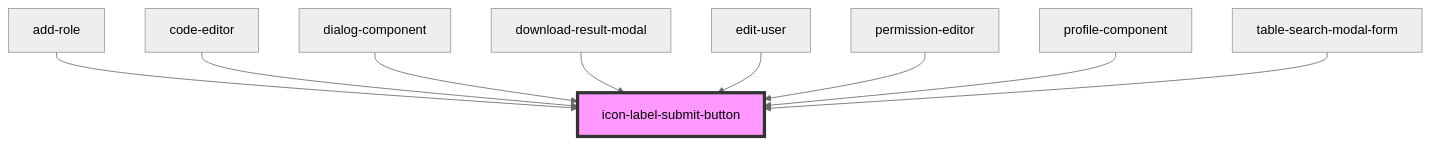
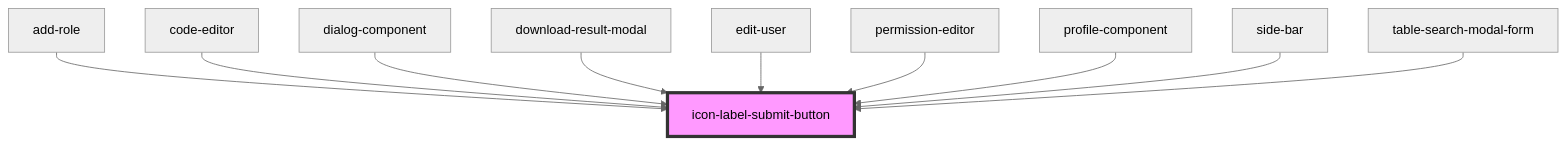
Before and after one commit to techvariable/NeptuneConnectComponents: the diagram in src/components/common/buttons/icon-label-submit-button/readme.md, drawn with Mermaid (neutral theme). The commit also changed other lines of this file and 22 other files, not shown here.

````diff
--- a/src/components/common/buttons/icon-label-submit-button/readme.md
+++ b/src/components/common/buttons/icon-label-submit-button/readme.md
@@ -40,12 +41,13 @@
 ```mermaid
 graph TD;
   add-role --> icon-label-submit-button
   code-editor --> icon-label-submit-button
   dialog-component --> icon-label-submit-button
   download-result-modal --> icon-label-submit-button
   edit-user --> icon-label-submit-button
   permission-editor --> icon-label-submit-button
   profile-component --> icon-label-submit-button
+  side-bar --> icon-label-submit-button
   table-search-modal-form --> icon-label-submit-button
   style icon-label-submit-button fill:#f9f,stroke:#333,stroke-width:4px
 ```
````
